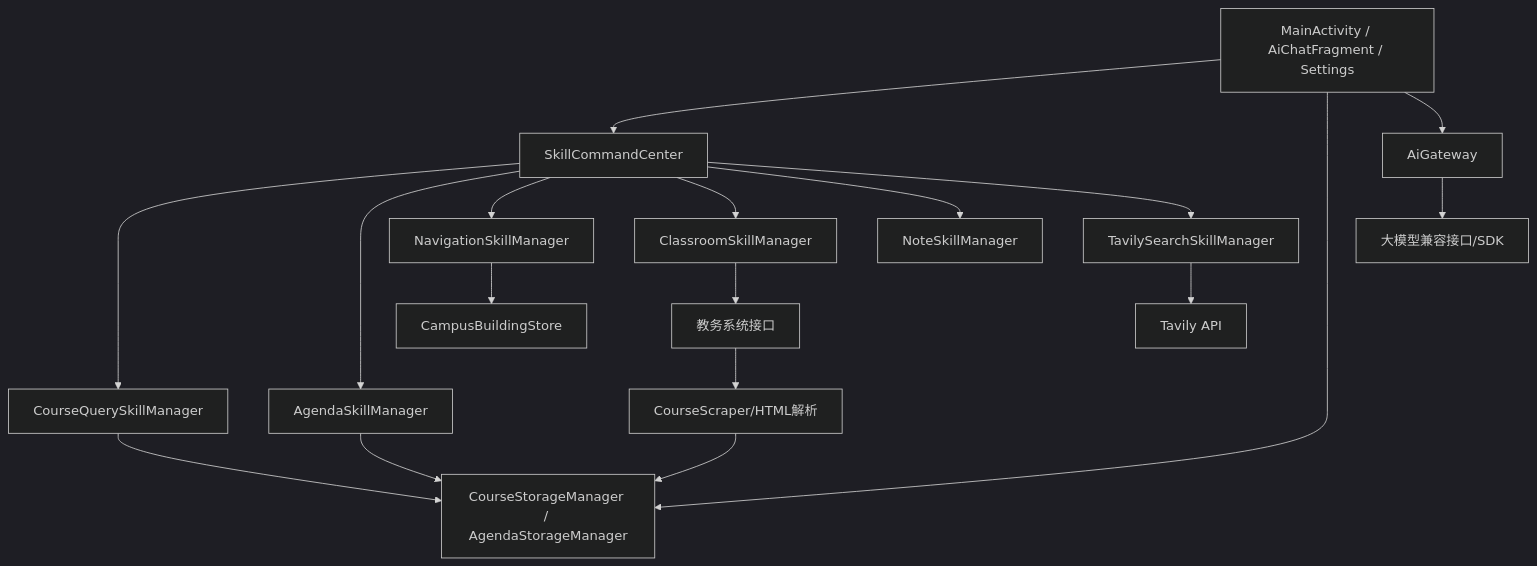
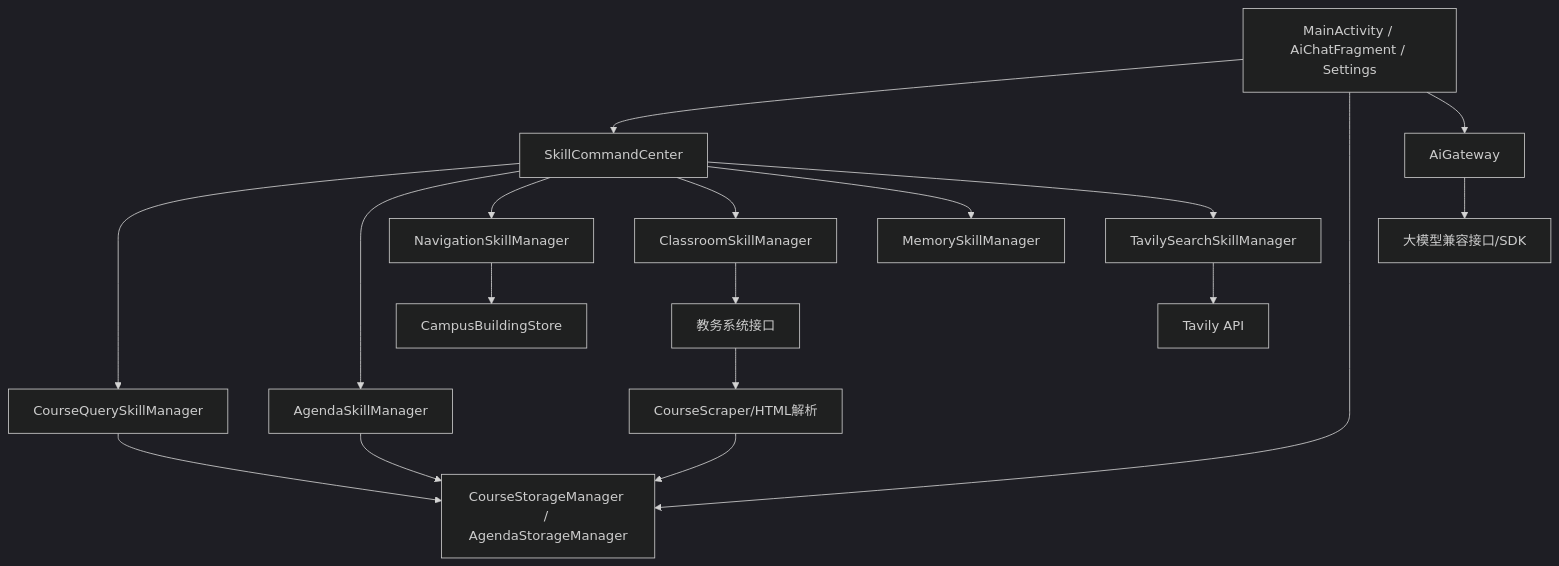
The first of 3 diagrams in docs/DEVELOPMENT_DOCUMENT.md (Kokomi-BC/HUTCourse), drawn with Mermaid (dark theme) before and after one commit. The commit also changed other lines of this file and 13 other files, not shown here.

````diff
--- a/docs/DEVELOPMENT_DOCUMENT.md
+++ b/docs/DEVELOPMENT_DOCUMENT.md
@@ -86,23 +86,23 @@
 ```mermaid
 flowchart TD
     UI[MainActivity / AiChatFragment / Settings] --> CC[SkillCommandCenter]
     UI --> DATA[CourseStorageManager / AgendaStorageManager]
     UI --> AI[AiGateway]
 
     CC --> SK1[CourseQuerySkillManager]
     CC --> SK2[AgendaSkillManager]
     CC --> SK3[NavigationSkillManager]
     CC --> SK4[ClassroomSkillManager]
-    CC --> SK5[NoteSkillManager]
+    CC --> SK5[MemorySkillManager]
     CC --> SK6[TavilySearchSkillManager]
 
     SK1 --> DATA
     SK2 --> DATA
     SK3 --> GEO[CampusBuildingStore]
     SK4 --> JWXT[教务系统接口]
     SK6 --> TAVILY[Tavily API]
 
     AI --> LLM[大模型兼容接口/SDK]
     JWXT --> SCRAPER[CourseScraper/HTML解析]
     SCRAPER --> DATA
 ```
````
